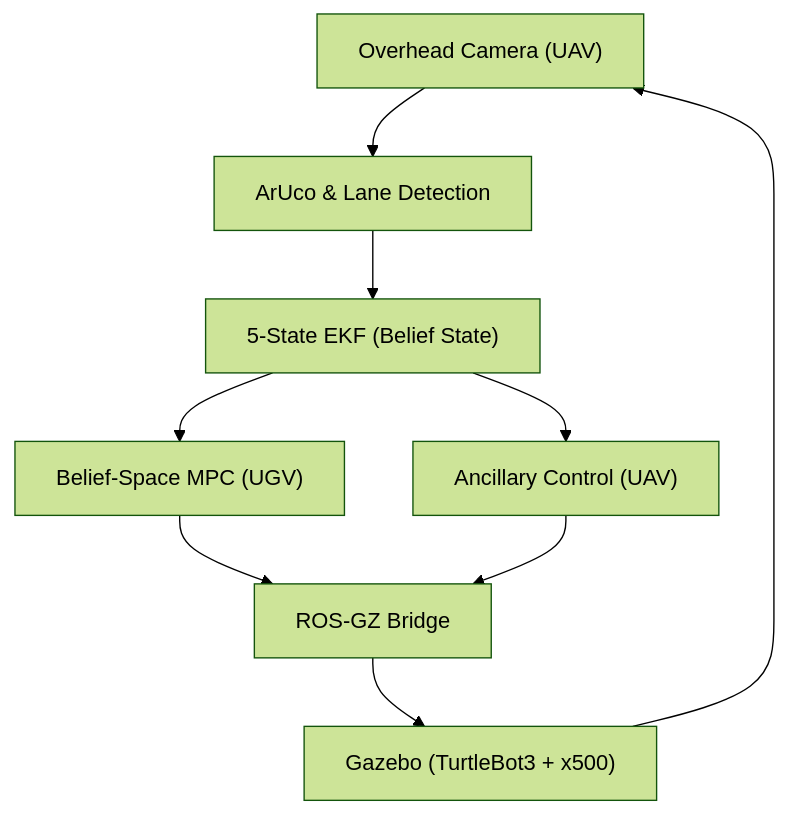
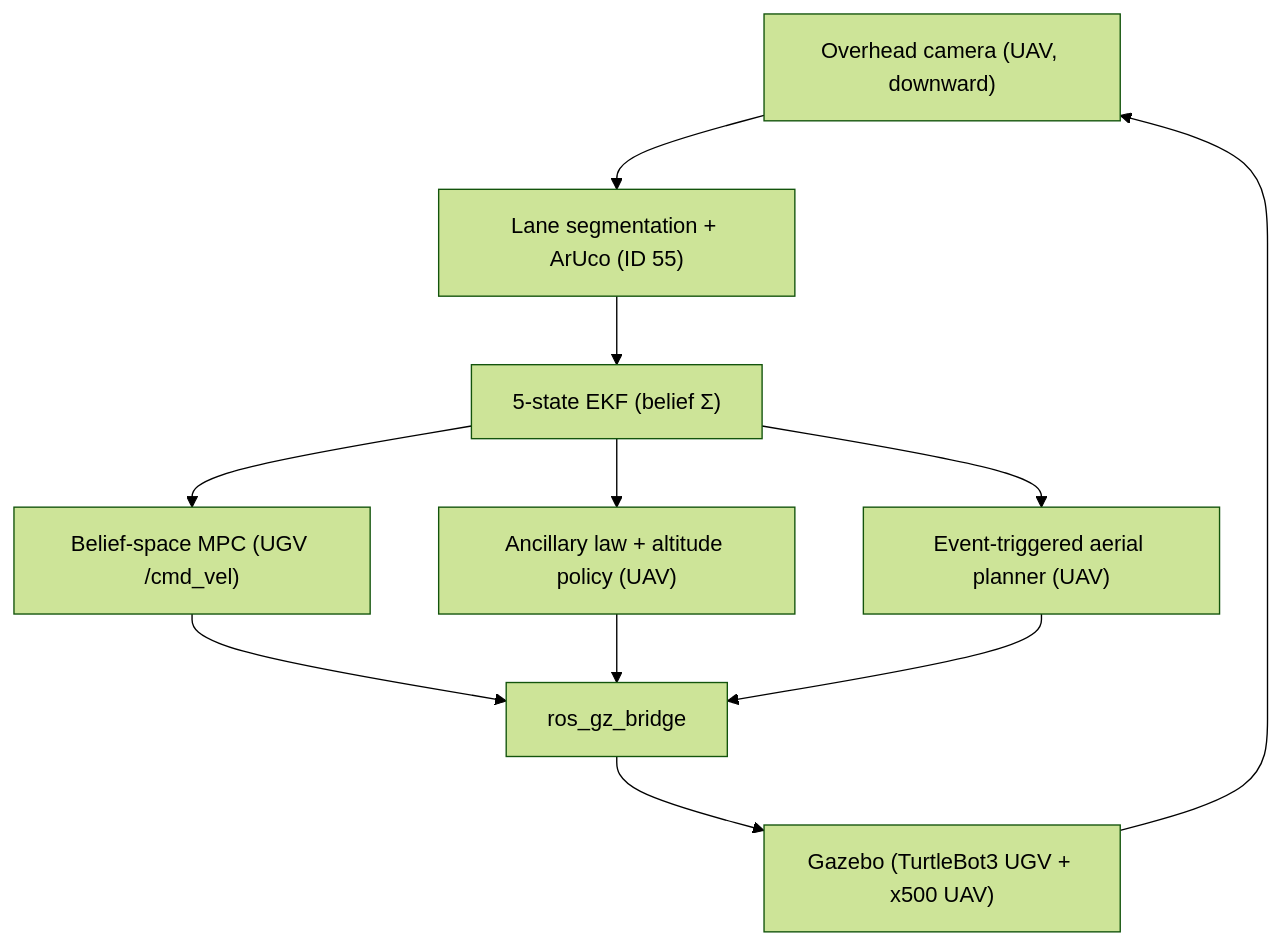
The diagram in ros2_ws/README.md (shlok-mehndiratta/ugv_uav_control), drawn with Mermaid (forest theme) before and after one commit. The commit also changed other lines of this file and 218 other files, not shown here.

````diff
--- a/ros2_ws/README.md
+++ b/ros2_ws/README.md
@@ -6,11 +9,13 @@
 ```mermaid
 graph TD
-    Sensors["Overhead Camera (UAV)"] --> Perception["ArUco & Lane Detection"]
-    Perception --> EKF["5-State EKF (Belief State)"]
-    EKF --> MPC["Belief-Space MPC (UGV)"]
-    EKF --> Ancillary["Ancillary Control (UAV)"]
-    MPC --> Bridge["ROS-GZ Bridge"]
+    Sensors["Overhead camera (UAV, downward)"] --> Perception["Lane segmentation + ArUco (ID 55)"]
+    Perception --> EKF["5-state EKF (belief Σ)"]
+    EKF --> MPC["Belief-space MPC (UGV /cmd_vel)"]
+    EKF --> AerialPlan["Event-triggered aerial planner (UAV)"]
+    EKF --> Ancillary["Ancillary law + altitude policy (UAV)"]
+    MPC --> Bridge["ros_gz_bridge"]
     Ancillary --> Bridge
-    Bridge --> Sim["Gazebo (TurtleBot3 + x500)"]
+    AerialPlan --> Bridge
+    Bridge --> Sim["Gazebo (TurtleBot3 UGV + x500 UAV)"]
     Sim --> Sensors
 ```
````
